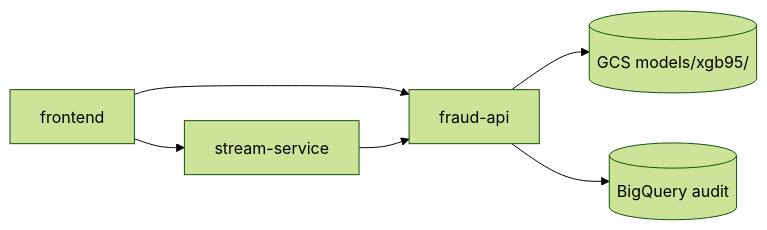
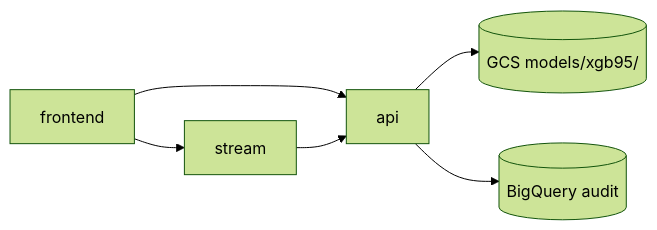
One commit to prasannahere/fraud-detection-ml-system changed the first of 2 diagrams in docs/architecture.md. Above: the diagram before and after it, drawn with Mermaid (forest theme). The commit also changed other lines of this file and 14 other files, not shown here.

````diff
--- a/docs/architecture.md
+++ b/docs/architecture.md
@@ -30,8 +30,8 @@
 ```mermaid
 flowchart LR
-    UI[frontend] --> API[fraud-api]
-    UI --> Stream[stream-service]
+    UI[frontend] --> API[api]
+    UI --> Stream[stream]
     Stream --> API
     API --> GCS[(GCS models/xgb95/)]
     API --> BQ[(BigQuery audit)]
 ```
````
